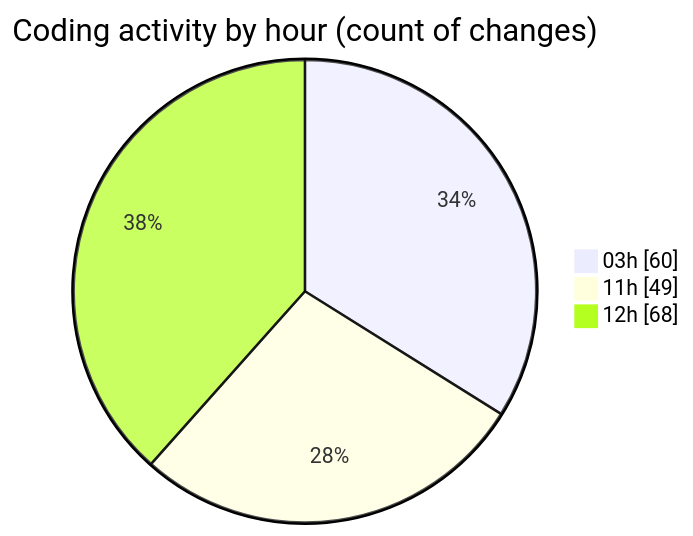
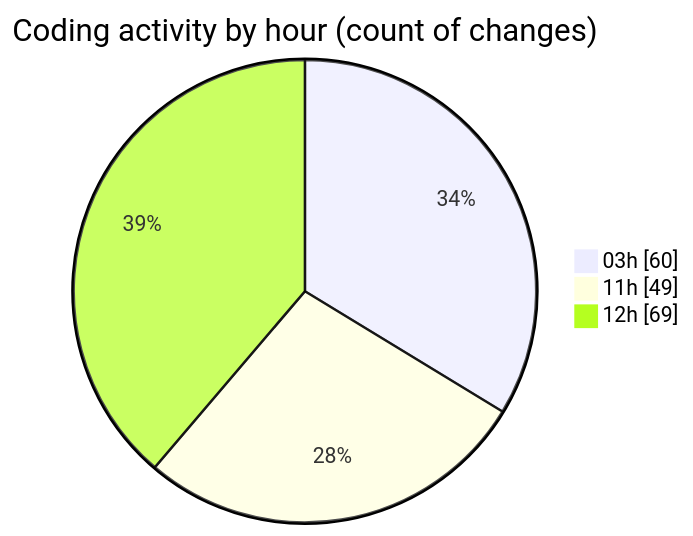
Before and after one commit to Ritupan-Deka/code-tracking: the second of 2 diagrams in 2025-07-02/mern-thinkboard/README.md, drawn with Mermaid. The commit also changed other lines of this file and 1 other file, not shown here.

````diff
--- a/2025-07-02/mern-thinkboard/README.md
+++ b/2025-07-02/mern-thinkboard/README.md
@@ -38,7 +38,7 @@
 ```mermaid
 pie showData
 title Coding activity by hour (count of changes)
 "03h" : 60
 "11h" : 49
-"12h" : 68
+"12h" : 69
 ```
````
